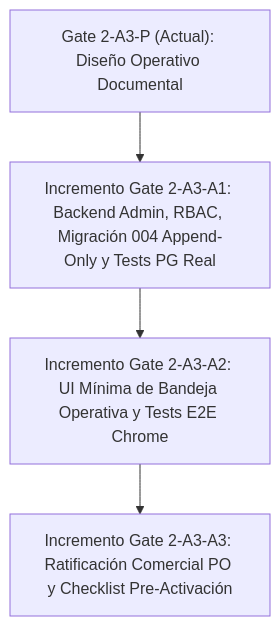
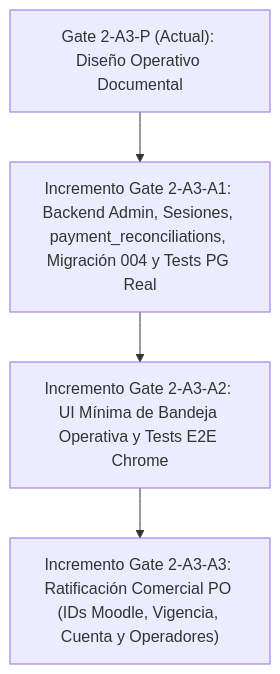
The third of 3 diagrams in docs/gate2-a3-p-operational-design.md (celsalinas-cmyk/dr-pedro-sevilla-o-academia-salud-femenina), drawn with Mermaid before and after one commit. The commit also changed other lines of this file, not shown here.

Commit message:
docs(gate2-a3-p): incorporate permanent reconciliation, session revocation and Moodle provisional terms

````diff
--- a/docs/gate2-a3-p-operational-design.md
+++ b/docs/gate2-a3-p-operational-design.md
@@ -380,6 +419,6 @@
 ```mermaid
 flowchart TD
-    P["Gate 2-A3-P (Actual): Diseño Operativo Documental"] --> A1["Incremento Gate 2-A3-A1: Backend Admin, RBAC, Migración 004 Append-Only y Tests PG Real"]
+    P["Gate 2-A3-P (Actual): Diseño Operativo Documental"] --> A1["Incremento Gate 2-A3-A1: Backend Admin, Sesiones, payment_reconciliations, Migración 004 y Tests PG Real"]
     A1 --> A2["Incremento Gate 2-A3-A2: UI Mínima de Bandeja Operativa y Tests E2E Chrome"]
-    A2 --> A3["Incremento Gate 2-A3-A3: Ratificación Comercial PO y Checklist Pre-Activación"]
+    A2 --> A3["Incremento Gate 2-A3-A3: Ratificación Comercial PO (IDs Moodle, Vigencia, Cuenta y Operadores)"]
 ```
````
